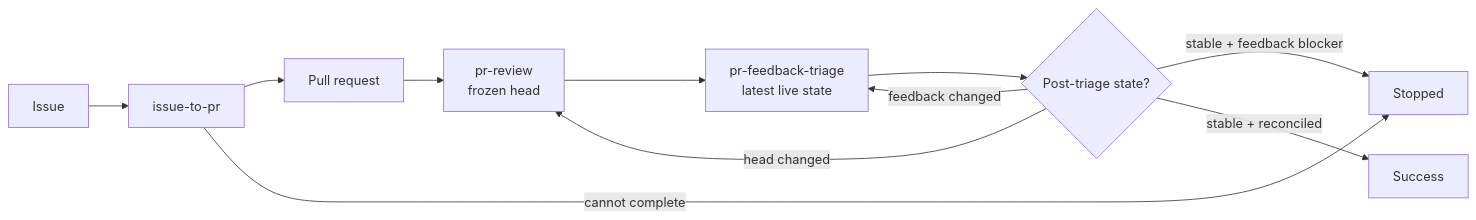
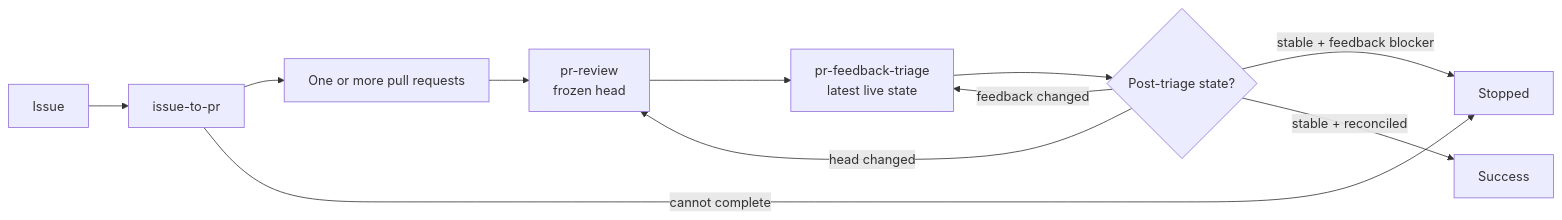
Before and after one commit to dceoy/pr-loop: the diagram in README.md, drawn with Mermaid. The commit also changed other lines of this file and 3 other files, not shown here.

````diff
--- a/README.md
+++ b/README.md
@@ -16,12 +16,12 @@
 ```mermaid
 flowchart LR
-  I[Issue] --> P[issue-to-pr] --> PR[Pull request]
+  I[Issue] --> P[issue-to-pr] --> PR[One or more pull requests]
   PR --> R[pr-review<br/>frozen head]
   R --> F[pr-feedback-triage<br/>latest live state]
   F --> D{Post-triage state?}
   D -->|head changed| R
   D -->|feedback changed| F
   D -->|stable + feedback blocker| X[Stopped]
   D -->|stable + reconciled| S[Success]
   P -->|cannot complete| X
 ```
````
